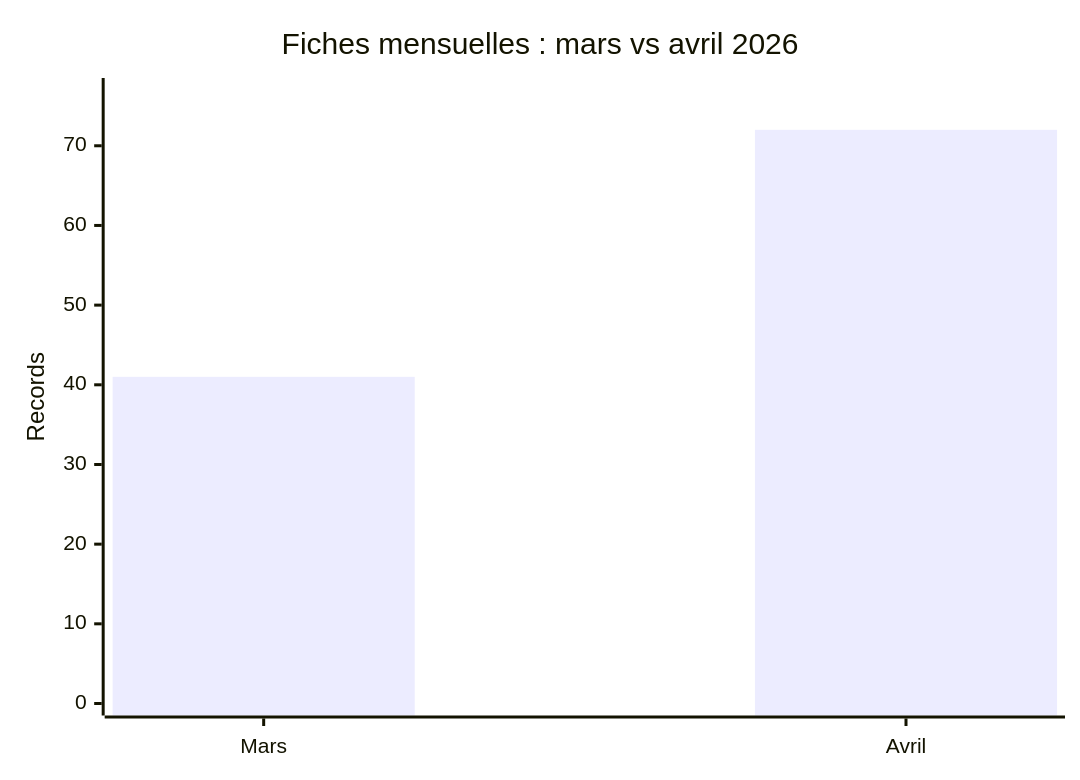
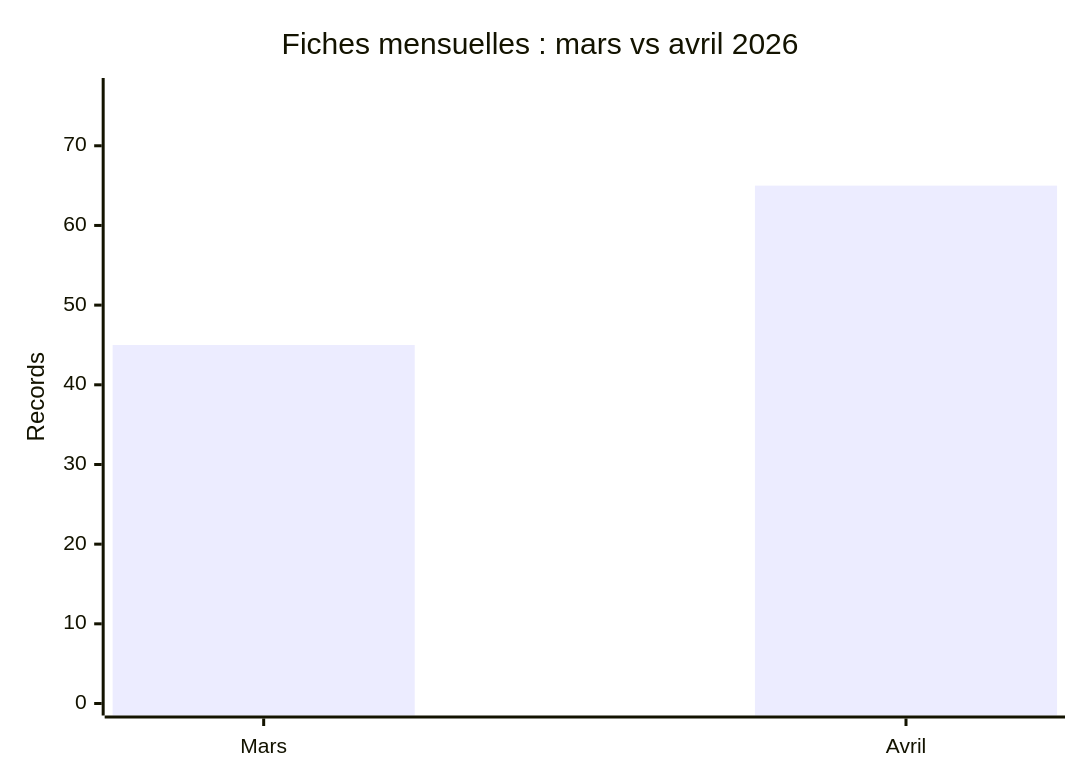
The diagram in comparison/2026/03-march-april/README_FR.md (Hatchepsoute/AFRINTEL), drawn with Mermaid before and after one commit. The commit also changed other lines of this file and 98 other files, not shown here.

````diff
--- a/comparison/2026/03-march-april/README_FR.md
+++ b/comparison/2026/03-march-april/README_FR.md
@@ -16,7 +16,7 @@
 ```mermaid
 xychart-beta
     title "Fiches mensuelles : mars vs avril 2026"
     x-axis [Mars, Avril]
     y-axis "Records" 0 --> 77
-    bar [41, 72]
+    bar [45, 65]
 ```
````
